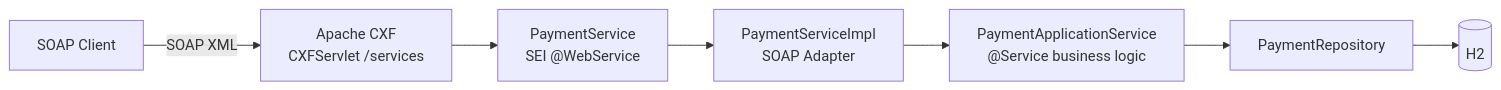
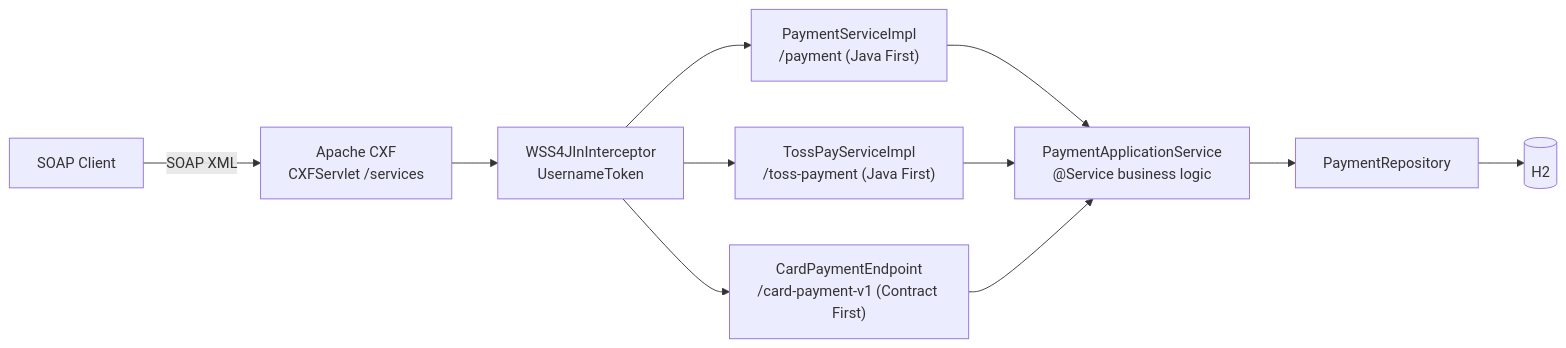
The diagram in README.md (hyunolike/spring-boot-cxf-soap-poc), drawn with Mermaid before and after one commit. The commit also changed other lines of this file and 43 other files, not shown here.

````diff
--- a/README.md
+++ b/README.md
@@ -221,8 +368,12 @@
 ```mermaid
 flowchart LR
     Client["SOAP Client"] -->|"SOAP XML"| CXF["Apache CXF<br/>CXFServlet /services"]
-    CXF --> SEI["PaymentService<br/>SEI @WebService"]
-    SEI --> IMPL["PaymentServiceImpl<br/>SOAP Adapter"]
-    IMPL --> APP["PaymentApplicationService<br/>@Service business logic"]
+    CXF --> WSS["WSS4JInInterceptor<br/>UsernameToken"]
+    WSS --> CARD["PaymentServiceImpl<br/>/payment (Java First)"]
+    WSS --> TOSS["TossPayServiceImpl<br/>/toss-payment (Java First)"]
+    WSS --> CF["CardPaymentEndpoint<br/>/card-payment-v1 (Contract First)"]
+    CARD --> APP["PaymentApplicationService<br/>@Service business logic"]
+    TOSS --> APP
+    CF --> APP
     APP --> REPO["PaymentRepository"] --> DB[(H2)]
 ```
````
